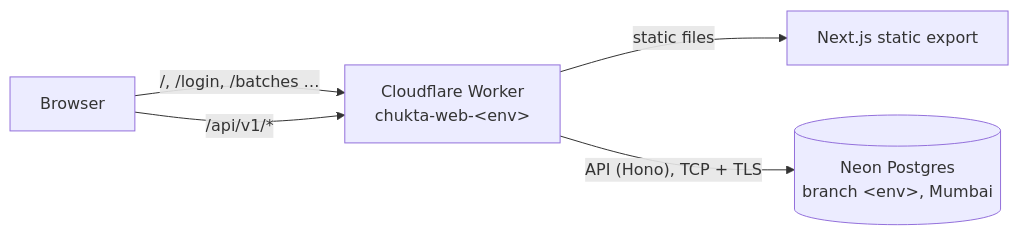
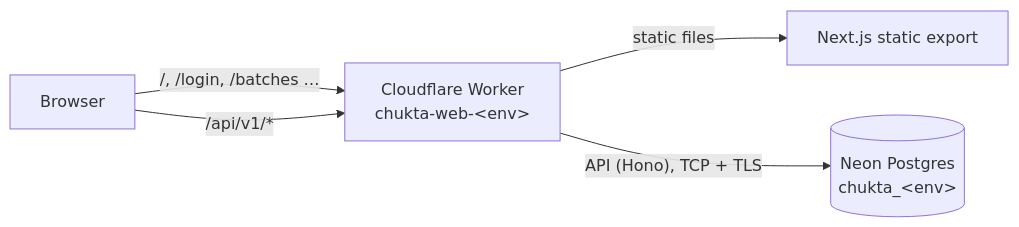
The diagram in docs/deployment.md (sejaltech994/coaching-centre-fee-app), drawn with Mermaid before and after one commit. The commit also changed other lines of this file, not shown here.

````diff
--- a/docs/deployment.md
+++ b/docs/deployment.md
@@ -12,7 +25,7 @@
 ```mermaid
 flowchart LR
     Browser -->|"/, /login, /batches …"| Worker["Cloudflare Worker<br/>chukta-web-&lt;env&gt;"]
     Browser -->|"/api/v1/*"| Worker
     Worker -->|static files| Assets["Next.js static export"]
-    Worker -->|"API (Hono), TCP + TLS"| Neon[("Neon Postgres<br/>branch &lt;env&gt;, Mumbai")]
+    Worker -->|"API (Hono), TCP + TLS"| Neon[("Neon Postgres<br/>chukta_&lt;env&gt;")]
 ```
````
